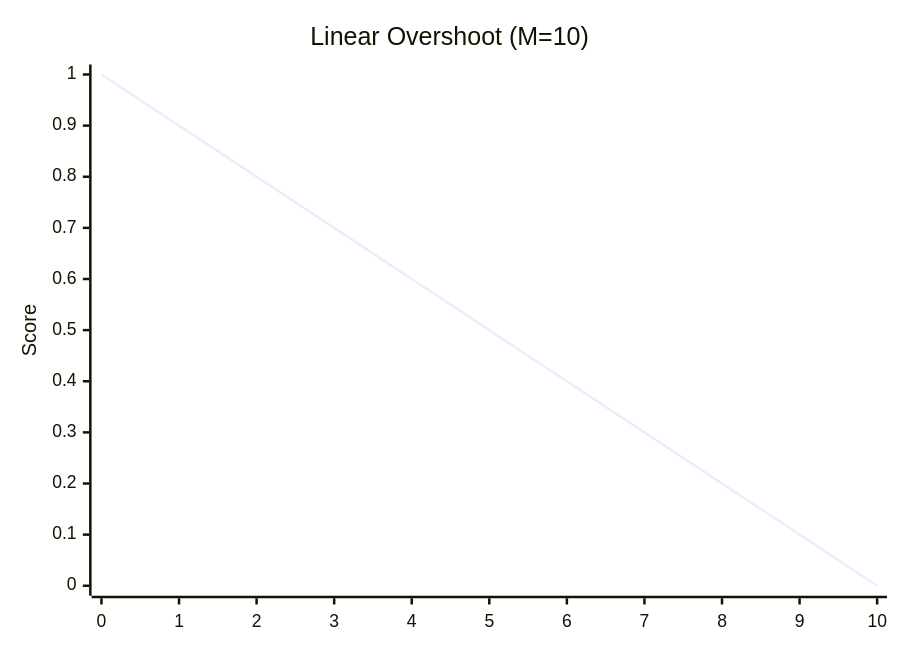
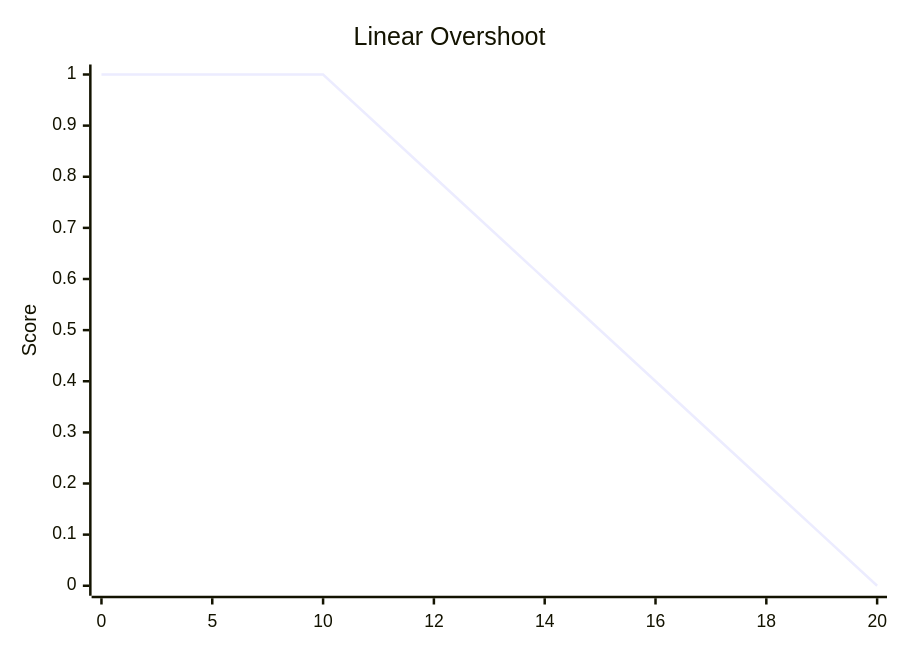
One commit to code-pushup/cli changed the second of 6 diagrams in packages/cli/docs/scoring.md. Above: the diagram before and after it, drawn with Mermaid.

Commit message:
docs: adjust docs

````diff
--- a/packages/cli/docs/scoring.md
+++ b/packages/cli/docs/scoring.md
@@ -99,7 +99,7 @@
 ```mermaid
 xychart-beta
-    title "Linear Overshoot (M=10)"
-    x-axis [0,1,2,3,4,5,6,7,8,9,10]
+    title "Linear Overshoot"
+    x-axis [0,5,10,12,14,16,18,20]
     y-axis "Score" 0 --> 1
-    line Linear [1,0.9,0.8,0.7,0.6,0.5,0.4,0.3,0.2,0.1,0]
+    line Overshoot [1,1,1,0.8,0.6,0.4,0.2,0]
 ```
````
